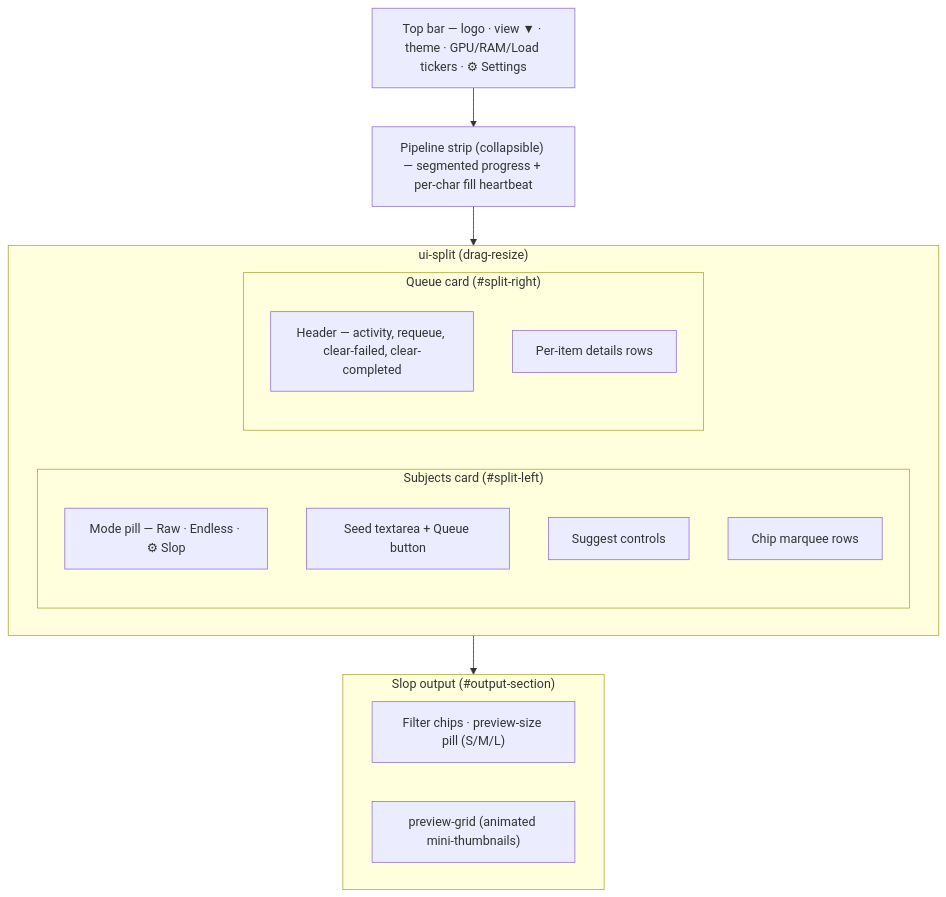
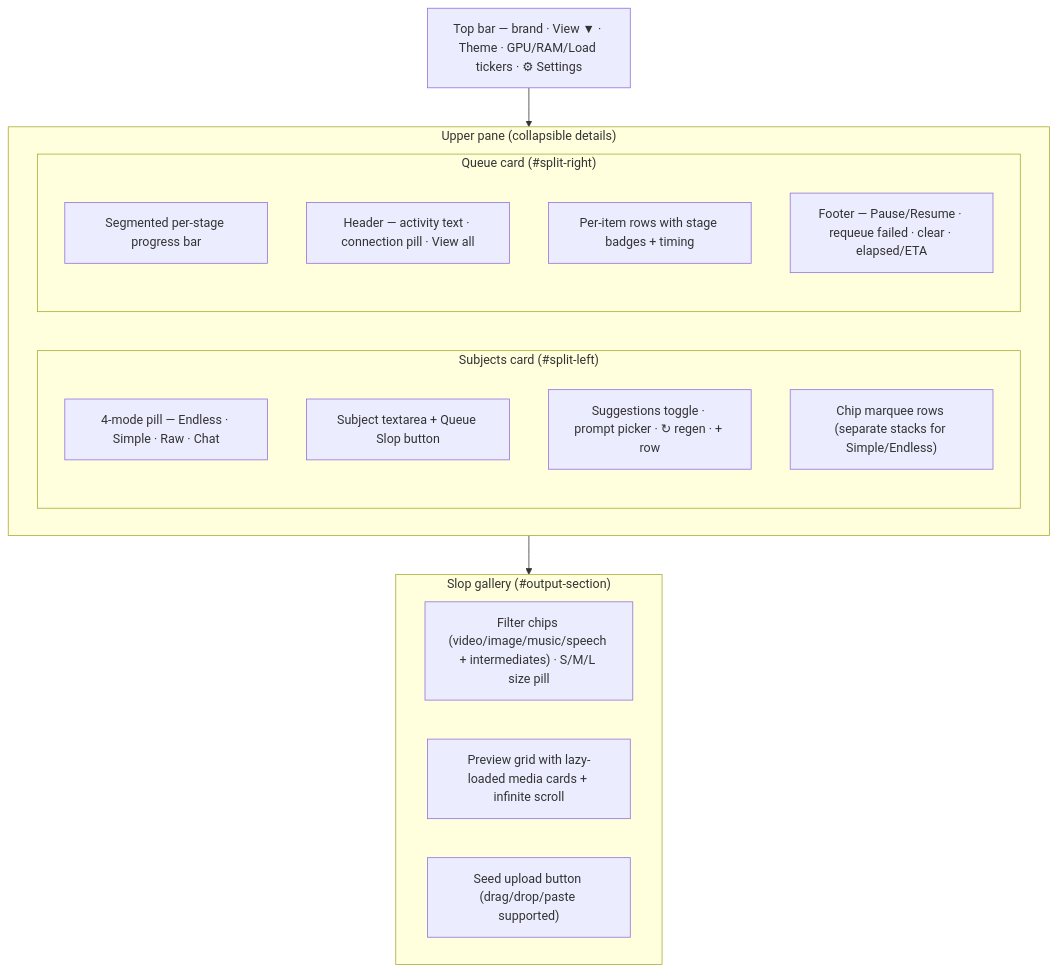
Before and after one commit to matthewhand/amd-strix-halo-image-video-distrobox: the first of 2 diagrams in README.md, drawn with Mermaid. The commit also changed other lines of this file and 4 other files, not shown here.

````diff
--- a/README.md
+++ b/README.md
@@ -737,24 +753,26 @@
 ```mermaid
 flowchart TB
-  topbar["Top bar — logo · view ▼ · theme · GPU/RAM/Load tickers · ⚙ Settings"]
-  pipeline["Pipeline strip (collapsible) — segmented progress + per-char fill heartbeat"]
-  subgraph splits["ui-split (drag-resize)"]
+  topbar["Top bar — brand · View ▼ · Theme · GPU/RAM/Load tickers · ⚙ Settings"]
+  subgraph upper["Upper pane (collapsible details)"]
     direction LR
     subgraph leftPane["Subjects card (#split-left)"]
-      L1["Mode pill — Raw · Endless · ⚙ Slop"]
-      L2["Seed textarea + Queue button"]
-      L3["Suggest controls"]
-      L4["Chip marquee rows"]
+      L1["4-mode pill — Endless · Simple · Raw · Chat"]
+      L2["Subject textarea + Queue Slop button"]
+      L3["Suggestions toggle · prompt picker · ↻ regen · + row"]
+      L4["Chip marquee rows (separate stacks for Simple/Endless)"]
     end
     subgraph rightPane["Queue card (#split-right)"]
-      R1["Header — activity, requeue, clear-failed, clear-completed"]
-      R2["Per-item details rows"]
+      R1["Segmented per-stage progress bar"]
+      R2["Header — activity text · connection pill · View all"]
+      R3["Per-item rows with stage badges + timing"]
+      R4["Footer — Pause/Resume · requeue failed · clear · elapsed/ETA"]
     end
   end
-  subgraph slop["Slop output (#output-section)"]
-    S1["Filter chips · preview-size pill (S/M/L)"]
-    S2["preview-grid (animated mini-thumbnails)"]
+  subgraph slop["Slop gallery (#output-section)"]
+    S1["Filter chips (video/image/music/speech + intermediates) · S/M/L size pill"]
+    S2["Preview grid with lazy-loaded media cards + infinite scroll"]
+    S3["Seed upload button (drag/drop/paste supported)"]
   end
 
-  topbar --> pipeline --> splits --> slop
+  topbar --> upper --> slop
 ```
````
